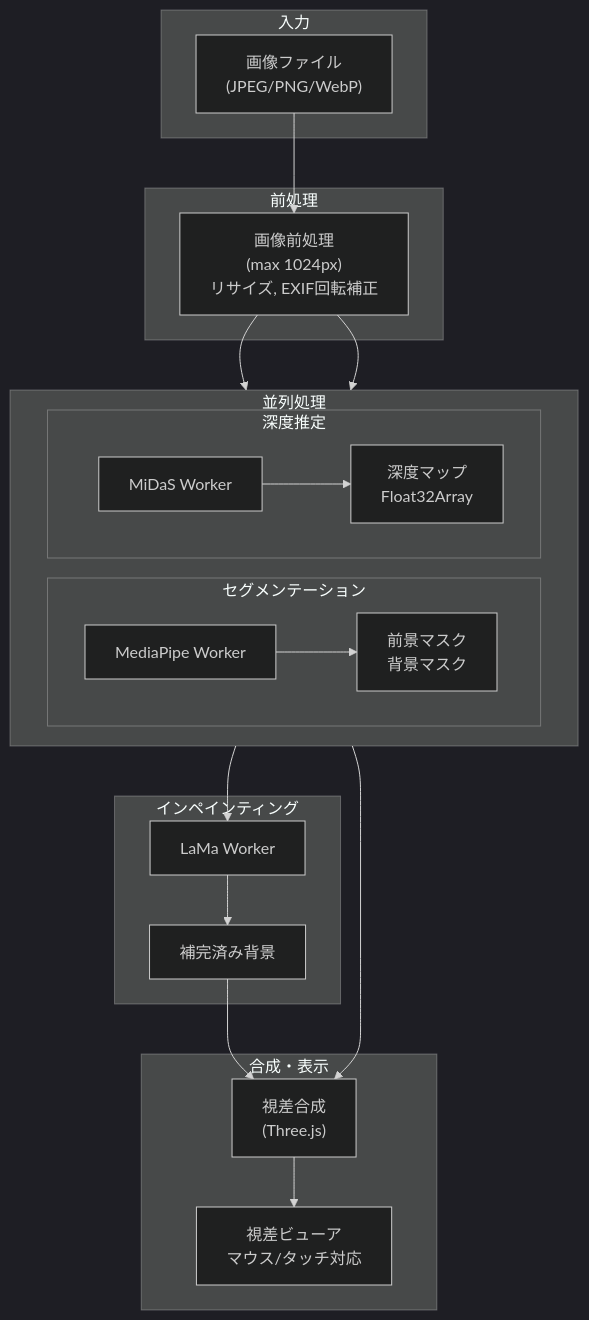
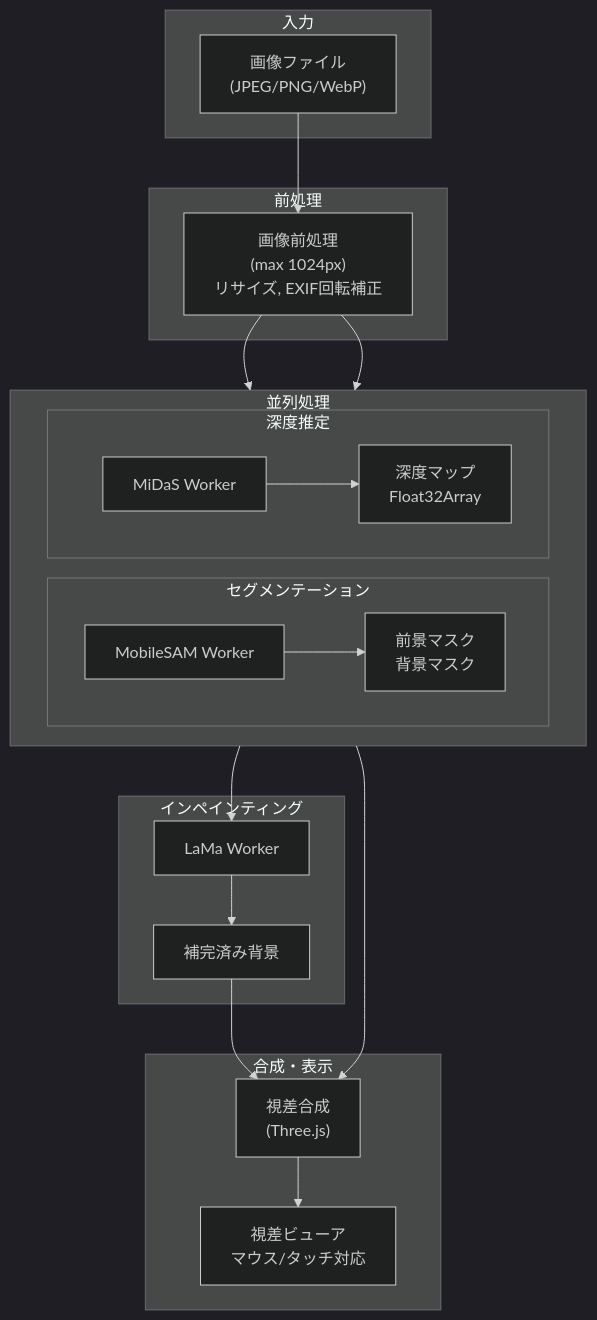
The second of 2 diagrams in docs/01-Overview.md (antaku66/parallax-image-generator), drawn with Mermaid before and after one commit. The commit also changed other lines of this file and 3 other files, not shown here.

````diff
--- a/docs/01-Overview.md
+++ b/docs/01-Overview.md
@@ -112,44 +113,44 @@
 ```mermaid
 %%{init: {'theme': 'dark'}}%%
 flowchart TD
     subgraph input["入力"]
         A["画像ファイル<br/>(JPEG/PNG/WebP)"]
     end
 
     subgraph preprocess["前処理"]
         B["画像前処理<br/>(max 1024px)<br/>リサイズ, EXIF回転補正"]
     end
 
     subgraph parallel["並列処理"]
         direction LR
         subgraph seg["セグメンテーション"]
-            C["MediaPipe Worker"]
+            C["MobileSAM Worker"]
             D["前景マスク<br/>背景マスク"]
         end
         subgraph depth["深度推定"]
             E["MiDaS Worker"]
             F["深度マップ<br/>Float32Array"]
         end
     end
 
     subgraph inpaint["インペインティング"]
         G["LaMa Worker"]
         H["補完済み背景"]
     end
 
     subgraph compose["合成・表示"]
         I["視差合成<br/>(Three.js)"]
         J["視差ビューア<br/>マウス/タッチ対応"]
     end
 
     A --> B
     B --> C
     B --> E
     C --> D
     E --> F
     D --> G
     G --> H
     H --> I
     F --> I
     I --> J
 ```
````
